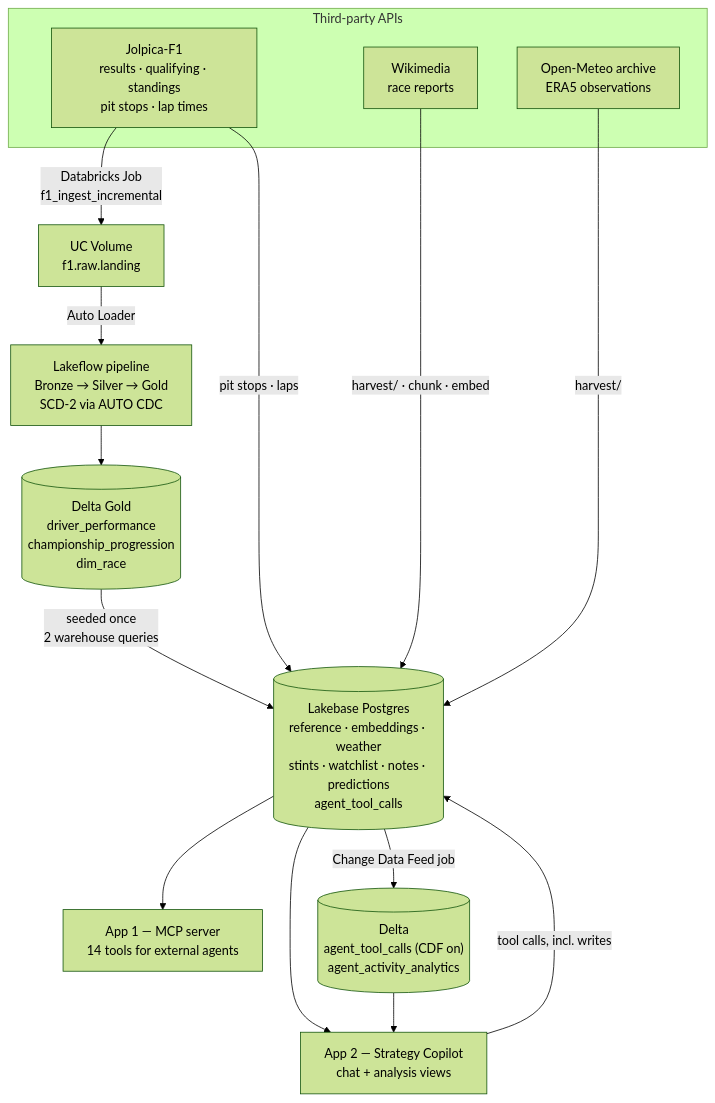
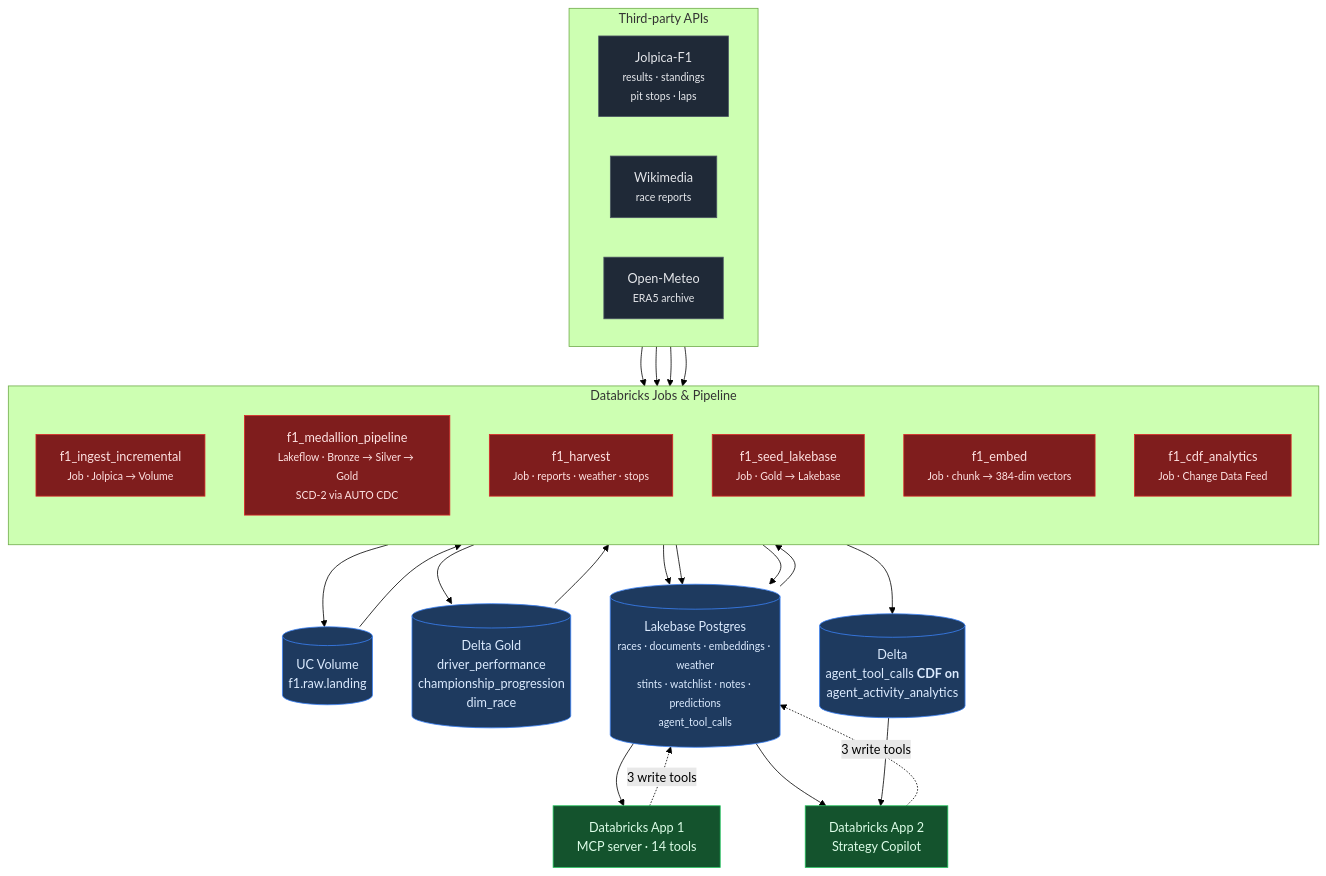
Before and after one commit to abhibastia/f1-strategy-copilot: the diagram in README.md, drawn with Mermaid (forest theme). The commit also changed 6 other files, not shown here.

````diff
--- a/README.md
+++ b/README.md
@@ -62,25 +62,50 @@
 ```mermaid
-flowchart TB
-    subgraph API["Third-party APIs"]
-        J["Jolpica-F1<br/>results · qualifying · standings<br/>pit stops · lap times"]
-        W["Wikimedia<br/>race reports"]
-        O["Open-Meteo archive<br/>ERA5 observations"]
+flowchart TD
+    subgraph SRC[" Third-party APIs "]
+        direction LR
+        J["Jolpica-F1<br/><small>results · standings<br/>pit stops · laps</small>"]
+        W["Wikimedia<br/><small>race reports</small>"]
+        O["Open-Meteo<br/><small>ERA5 archive</small>"]
     end
 
-    J -->|"Databricks Job<br/>f1_ingest_incremental"| LAND["UC Volume<br/>f1.raw.landing"]
-    LAND -->|Auto Loader| PIPE["Lakeflow pipeline<br/>Bronze → Silver → Gold<br/>SCD-2 via AUTO CDC"]
-    PIPE --> GOLD[("Delta Gold<br/>driver_performance<br/>championship_progression<br/>dim_race")]
+    subgraph DBX[" Databricks Jobs &amp; Pipeline "]
+        direction TB
+        ING["f1_ingest_incremental<br/><small>Job · Jolpica → Volume</small>"]
+        MED["f1_medallion_pipeline<br/><small>Lakeflow · Bronze → Silver → Gold<br/>SCD-2 via AUTO CDC</small>"]
+        HAR["f1_harvest<br/><small>Job · reports · weather · stops</small>"]
+        SEED["f1_seed_lakebase<br/><small>Job · Gold → Lakebase</small>"]
+        EMB["f1_embed<br/><small>Job · chunk → 384-dim vectors</small>"]
+        CDF["f1_cdf_analytics<br/><small>Job · Change Data Feed</small>"]
+    end
 
-    GOLD -->|"seeded once<br/>2 warehouse queries"| LB
-    W -->|"harvest/ · chunk · embed"| LB
-    O -->|"harvest/"| LB
-    J -->|"pit stops · laps"| LB
+    J --> ING --> VOL[("UC Volume<br/>f1.raw.landing")] --> MED
+    MED --> GOLD[("Delta Gold<br/>driver_performance<br/>championship_progression<br/>dim_race")]
 
-    LB[("Lakebase Postgres<br/>reference · embeddings · weather<br/>stints · watchlist · notes · predictions<br/>agent_tool_calls")]
+    W --> HAR
+    O --> HAR
+    J --> HAR
+    GOLD --> SEED
 
-    LB --> MCP["App 1 — MCP server<br/>14 tools for external agents"]
-    LB --> UI["App 2 — Strategy Copilot<br/>chat + analysis views"]
-    UI -->|"tool calls, incl. writes"| LB
-    LB -->|"Change Data Feed job"| CDFT[("Delta<br/>agent_tool_calls (CDF on)<br/>agent_activity_analytics")]
-    CDFT --> UI
+    HAR --> LB
+    SEED --> LB
+    EMB --> LB
+
+    LB[("Lakebase Postgres<br/><small>races · documents · embeddings · weather<br/>stints · watchlist · notes · predictions<br/>agent_tool_calls</small>")]
+
+    LB --> MCP["Databricks App 1<br/>MCP server · 14 tools"]
+    LB --> UI["Databricks App 2<br/>Strategy Copilot"]
+    UI -. "3 write tools" .-> LB
+    MCP -. "3 write tools" .-> LB
+
+    LB --> CDF --> DELTA[("Delta<br/>agent_tool_calls <b>CDF on</b><br/>agent_activity_analytics")]
+    DELTA --> UI
+
+    classDef api fill:#1f2937,stroke:#4b5563,color:#e5e7eb
+    classDef job fill:#7f1d1d,stroke:#dc2626,color:#fee2e2
+    classDef store fill:#1e3a5f,stroke:#3b82f6,color:#dbeafe
+    classDef app fill:#14532d,stroke:#22c55e,color:#dcfce7
+    class J,W,O api
+    class ING,MED,HAR,SEED,EMB,CDF job
+    class VOL,GOLD,LB,DELTA store
+    class MCP,UI app
 ```
````
